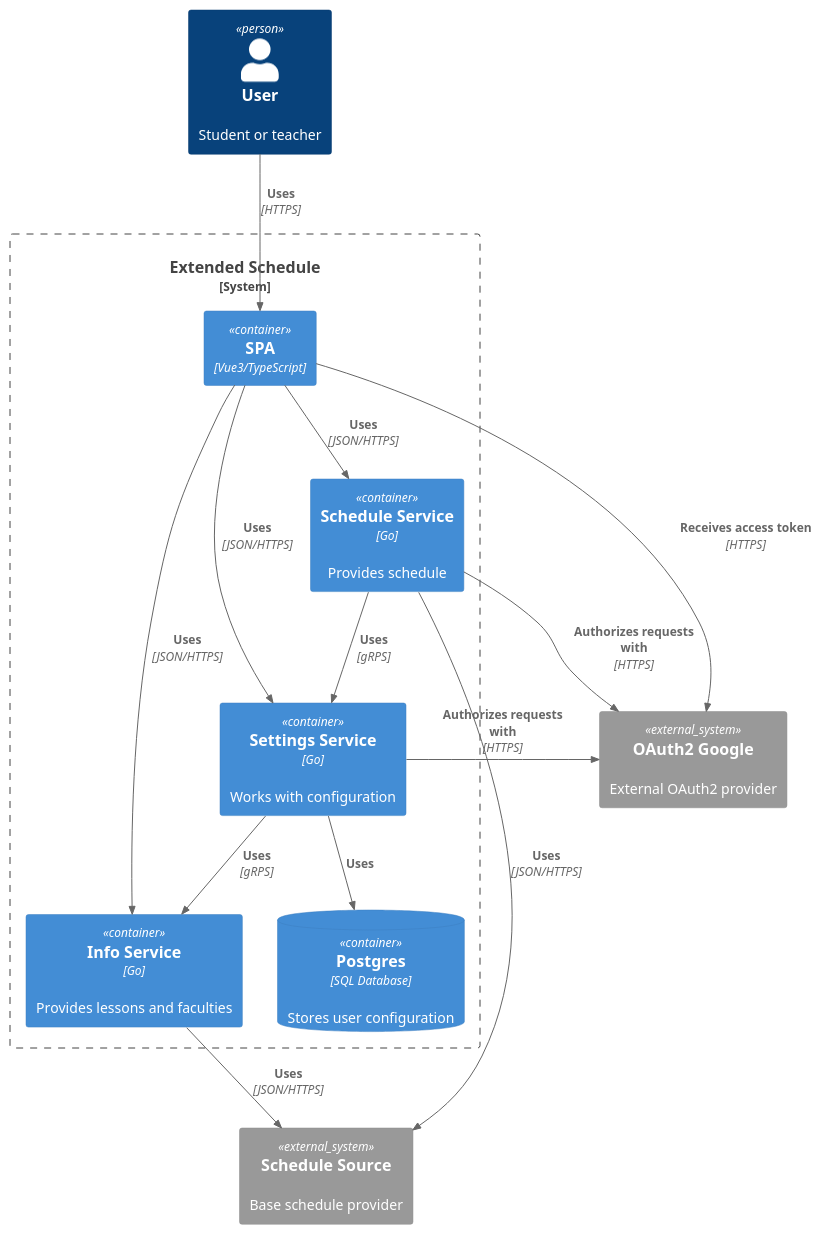
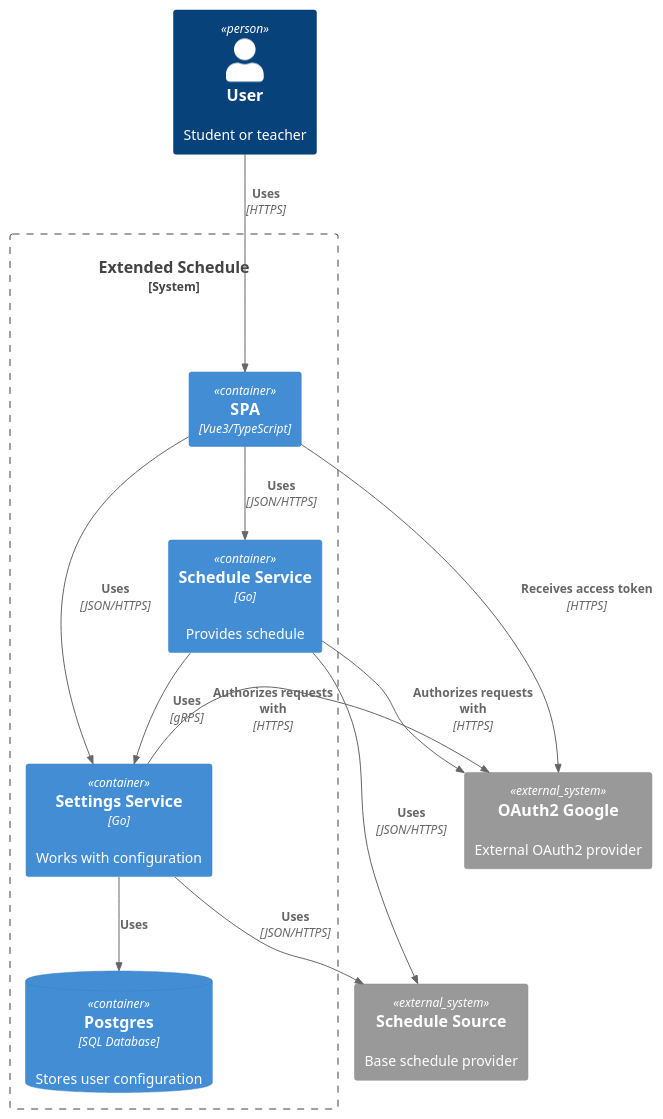
Before and after one commit to tellmeac/ExtendedSchedule: the diagram in docs/containers.puml, drawn with PlantUML. The commit also changed 2 other files, not shown here.

Commit message:
refactor: revert redundant service

```diff
--- a/docs/containers.puml
+++ b/docs/containers.puml
@@ -1,38 +1,35 @@
 @startuml Containers
 
 !includeurl https://raw.githubusercontent.com/RicardoNiepel/C4-PlantUML/master/C4_Component.puml
 
 Person(user, User, "Student or teacher")
 
 System_Boundary(api, "Extended Schedule") {
     Container(spa, "SPA", "Vue3/TypeScript")
 
     Container(UserConfigService, "Settings Service", "Go", "Works with configuration")
     Container(ScheduleService, "Schedule Service", "Go", "Provides schedule")
-    Container(Info, "Info Service", "Go", "Provides lessons and faculties")
 
     ContainerDb(db, "Postgres", "SQL Database", "Stores user configuration")
 
     Rel(ScheduleService, UserConfigService, "Uses", "gRPS")
-    Rel(UserConfigService, Info, "Uses", "gRPS")
 
     Rel(spa, UserConfigService, "Uses", "JSON/HTTPS")
     Rel(spa, ScheduleService, "Uses", "JSON/HTTPS")
-    Rel(spa, Info, "Uses", "JSON/HTTPS")
 
     Rel(UserConfigService, db, "Uses")
 }
 
 System_Ext(oauth, "OAuth2 Google", "External OAuth2 provider")
 System_Ext(scheduleProvider, "Schedule Source", "Base schedule provider")
 
 Rel(user, spa, "Uses", "HTTPS")
 
 Rel_R(UserConfigService, oauth, "Authorizes requests with", "HTTPS")
 Rel_R(ScheduleService, oauth, "Authorizes requests with", "HTTPS")
 Rel_R(spa, oauth, "Receives access token", "HTTPS")
 
 Rel(ScheduleService, scheduleProvider, "Uses", "JSON/HTTPS")
-Rel(Info, scheduleProvider, "Uses", "JSON/HTTPS")
+Rel(UserConfigService, scheduleProvider, "Uses", "JSON/HTTPS")
 
 @enduml
```
